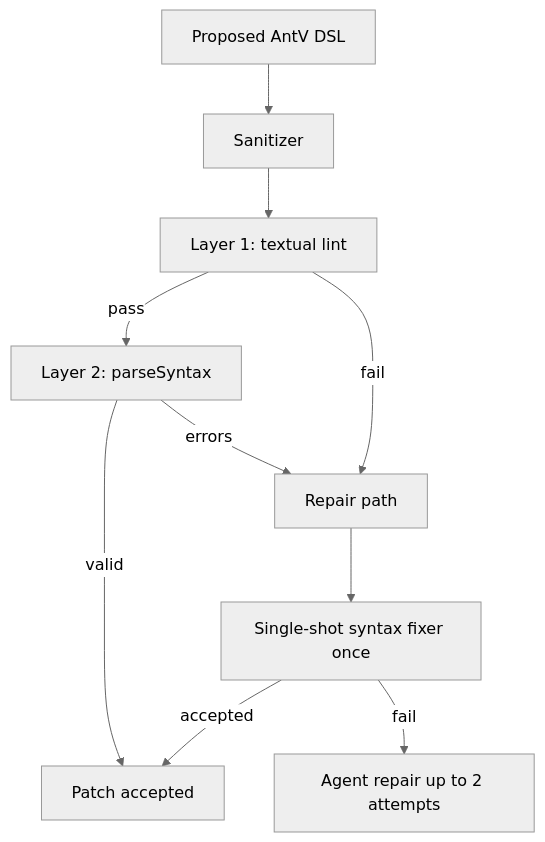
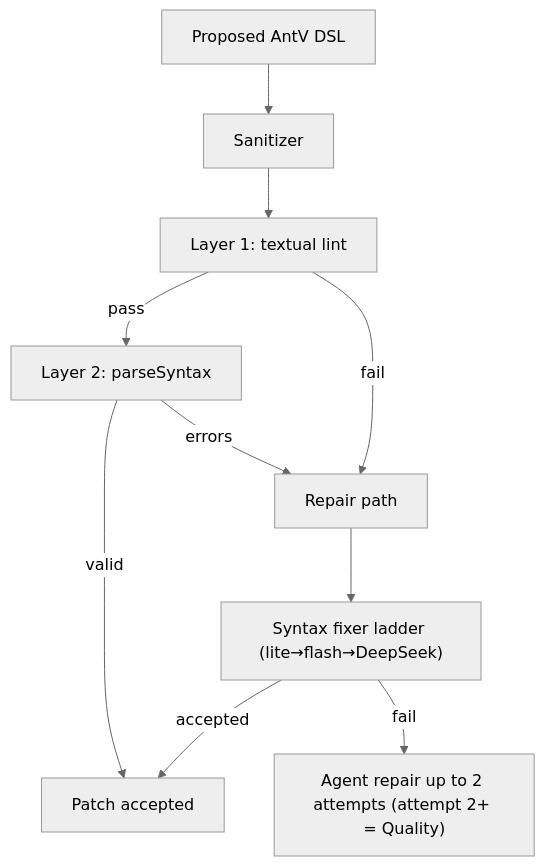
Before and after one commit to acuhlmann/mermaid-gen: the second of 5 diagrams in docs/guide/validation.md, drawn with Mermaid (neutral theme). The commit also changed other lines of this file and 22 other files, not shown here.

First line of the commit message:
Escalate syntax fixers and agent repair toward stronger models

````diff
--- a/docs/guide/validation.md
+++ b/docs/guide/validation.md
@@ -68,12 +68,12 @@
 ```mermaid
 flowchart TB
   Raw["Proposed AntV DSL"] --> S["Sanitizer"]
   S --> L1["Layer 1: textual lint"]
   L1 -->|pass| L2["Layer 2: parseSyntax"]
   L1 -->|fail| R["Repair path"]
   L2 -->|valid| P["Patch accepted"]
   L2 -->|errors| R
-  R --> F["Single-shot syntax fixer once"]
+  R --> F["Syntax fixer ladder (lite→flash→DeepSeek)"]
   F -->|accepted| P
-  F -->|fail| A["Agent repair up to 2 attempts"]
+  F -->|fail| A["Agent repair up to 2 attempts (attempt 2+ = Quality)"]
 ```
````
